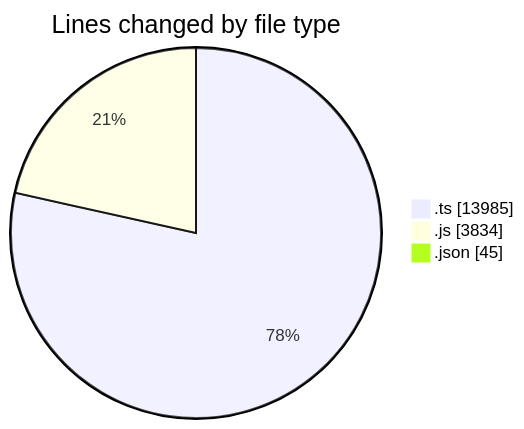
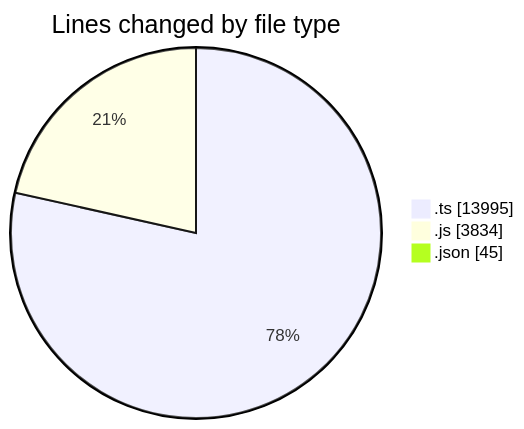
Before and after one commit to momahboobian/code-tracking: the first of 2 diagrams in 2025-07-29/cda/README.md, drawn with Mermaid. The commit also changed other lines of this file and 1 other file, not shown here.

````diff
--- a/2025-07-29/cda/README.md
+++ b/2025-07-29/cda/README.md
@@ -26,7 +26,7 @@
 ```mermaid
 pie showData
 title Lines changed by file type
-".ts" : 13985
+".ts" : 13995
 ".js" : 3834
 ".json" : 45
 ```
````
